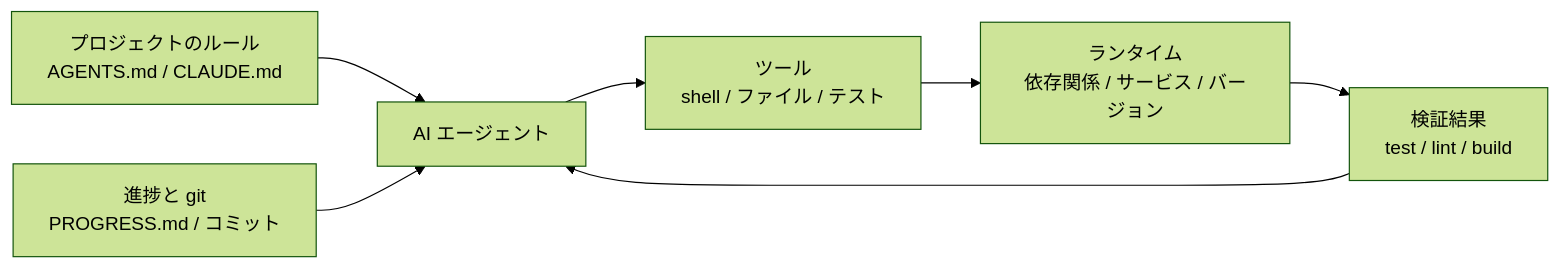
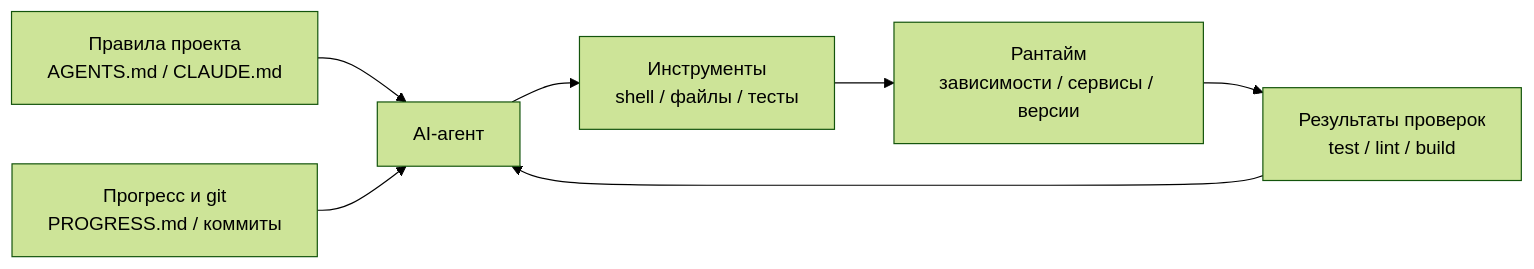
The diagram in docs/ru/lectures/lecture-02-what-a-harness-actually-is/index.md (mkusaka/learn-harness-engineering), drawn with Mermaid (forest theme) before and after one commit. The commit also changed other lines of this file and 684 other files, not shown here.

````diff
--- a/docs/ru/lectures/lecture-02-what-a-harness-actually-is/index.md
+++ b/docs/ru/lectures/lecture-02-what-a-harness-actually-is/index.md
@@ -42,9 +42,9 @@
 ```mermaid
 flowchart LR
-    Rules["プロジェクトのルール<br/>AGENTS.md / CLAUDE.md"] --> Agent["AI エージェント"]
-    State["進捗と git<br/>PROGRESS.md / コミット"] --> Agent
-    Agent --> Tools["ツール<br/>shell / ファイル / テスト"]
-    Tools --> Env["ランタイム<br/>依存関係 / サービス / バージョン"]
-    Env --> Checks["検証結果<br/>test / lint / build"]
+    Rules["Правила проекта<br/>AGENTS.md / CLAUDE.md"] --> Agent["AI-агент"]
+    State["Прогресс и git<br/>PROGRESS.md / коммиты"] --> Agent
+    Agent --> Tools["Инструменты<br/>shell / файлы / тесты"]
+    Tools --> Env["Рантайм<br/>зависимости / сервисы / версии"]
+    Env --> Checks["Результаты проверок<br/>test / lint / build"]
     Checks --> Agent
 ```
````
